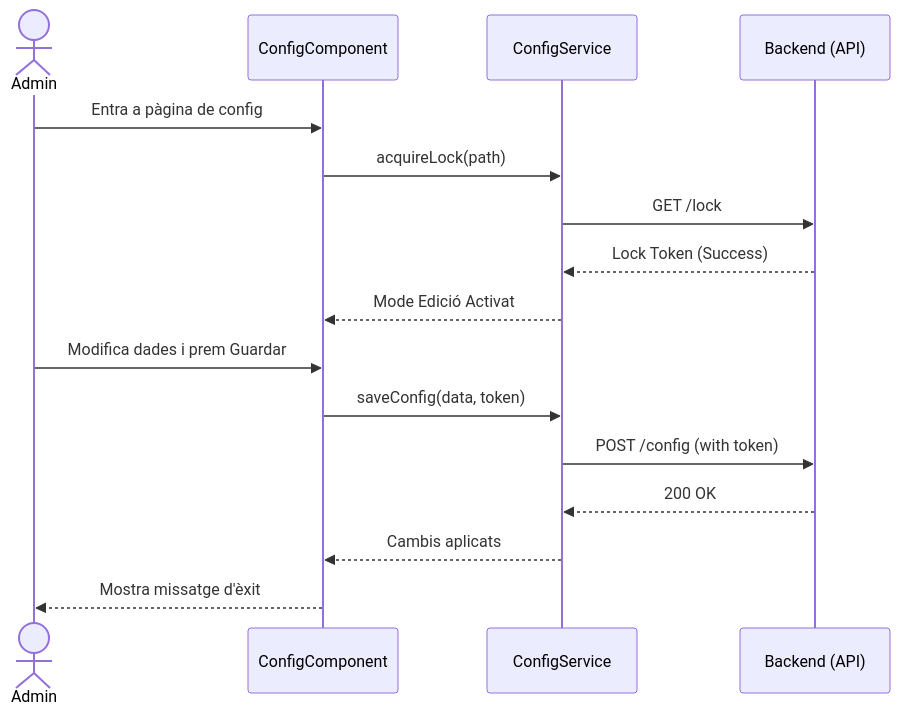
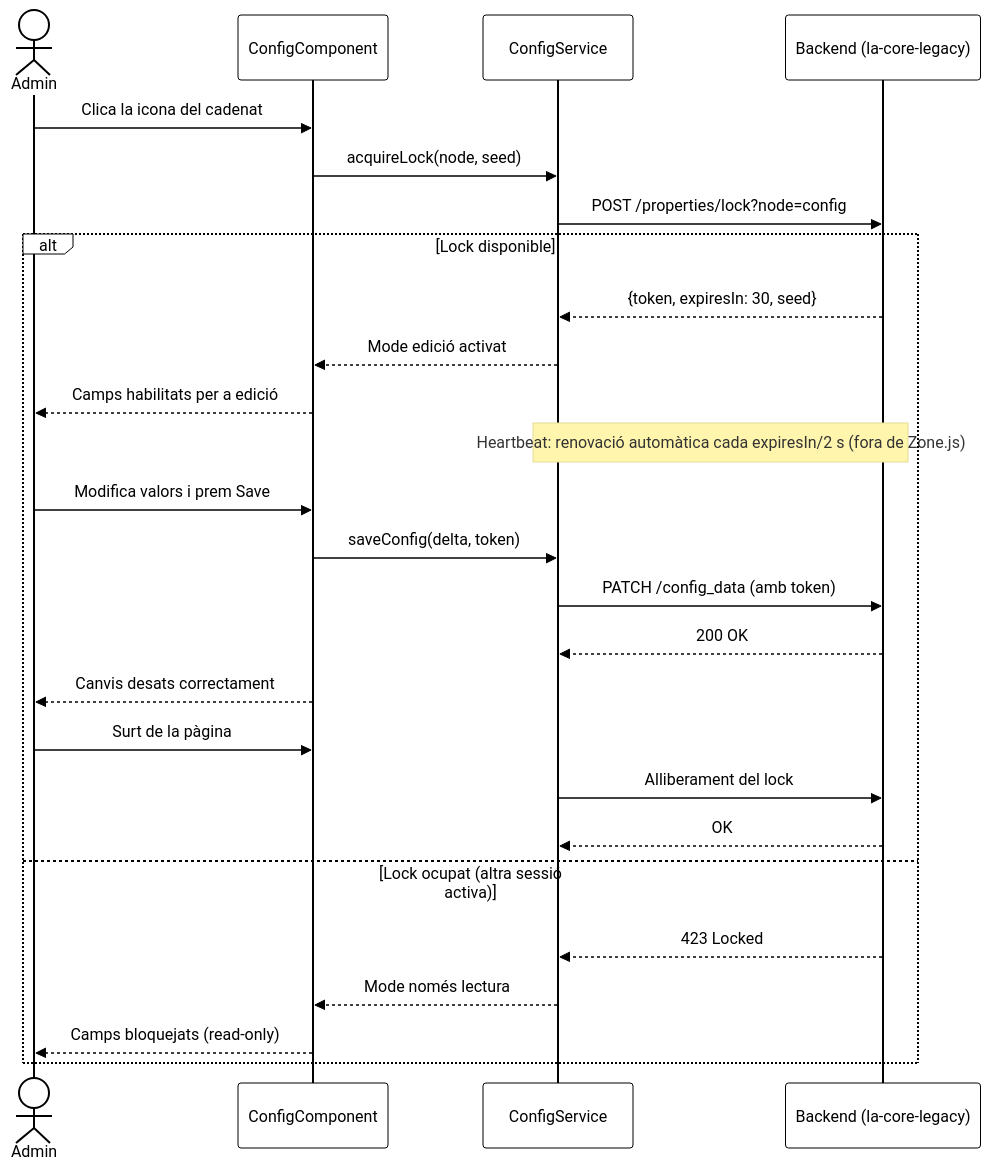
The diagram in figures/diagrames_src/seq_config_lock.mmd (janrosellcaba/tfg), drawn with Mermaid before and after one commit. The commit also changed 8 other files, not shown here.

```diff
--- a/figures/diagrames_src/seq_config_lock.mmd
+++ b/figures/diagrames_src/seq_config_lock.mmd
@@ -1,18 +1,46 @@
+%%{init: {
+ 'theme': 'base',
+ 'themeVariables': {
+   'background': '#ffffff',
+   'primaryColor': '#ffffff',
+   'primaryTextColor': '#000000',
+   'primaryBorderColor': '#000000',
+   'lineColor': '#000000',
+   'secondaryColor': '#ffffff',
+   'tertiaryColor': '#ffffff'
+ },
+ 'themeCSS': '.node rect, .node circle, .node polygon, .node path, .cluster rect { stroke: #000000 !important; stroke-width: 1px !important; filter: none !important; box-shadow: none !important; } .label { color: #000000 !important; }'
+}}%%
+
 sequenceDiagram
     actor Admin
-    participant ConfigComponent
-    participant ConfigService
-    participant Backend as Backend (API)
+    participant CC as ConfigComponent
+    participant CS as ConfigService
+    participant BE as Backend (la-core-legacy)
 
-    Admin->>ConfigComponent: Entra a pàgina de config
-    ConfigComponent->>ConfigService: acquireLock(path)
-    ConfigService->>Backend: GET /lock
-    Backend-->>ConfigService: Lock Token (Success)
-    ConfigService-->>ConfigComponent: Mode Edició Activat
+    Admin->>CC: Clica la icona del cadenat
+    CC->>CS: acquireLock(node, seed)
+    CS->>BE: POST /properties/lock?node=config
 
-    Admin->>ConfigComponent: Modifica dades i prem Guardar
-    ConfigComponent->>ConfigService: saveConfig(data, token)
-    ConfigService->>Backend: POST /config (with token)
-    Backend-->>ConfigService: 200 OK
-    ConfigService-->>ConfigComponent: Cambis aplicats
-    ConfigComponent-->>Admin: Mostra missatge d'èxit
+    alt Lock disponible
+        BE-->>CS: {token, expiresIn: 30, seed}
+        CS-->>CC: Mode edició activat
+        CC-->>Admin: Camps habilitats per a edició
+
+        Note over CS,BE: Heartbeat: renovació automàtica cada expiresIn/2 s (fora de Zone.js)
+
+        Admin->>CC: Modifica valors i prem Save
+        CC->>CS: saveConfig(delta, token)
+        CS->>BE: PATCH /config_data (amb token)
+        BE-->>CS: 200 OK
+        CC-->>Admin: Canvis desats correctament
+
+        Admin->>CC: Surt de la pàgina
+        CS->>BE: Alliberament del lock
+        BE-->>CS: OK
+
+    else Lock ocupat (altra sessió activa)
+        BE-->>CS: 423 Locked
+        CS-->>CC: Mode només lectura
+        CC-->>Admin: Camps bloquejats (read-only)
+    end
```
